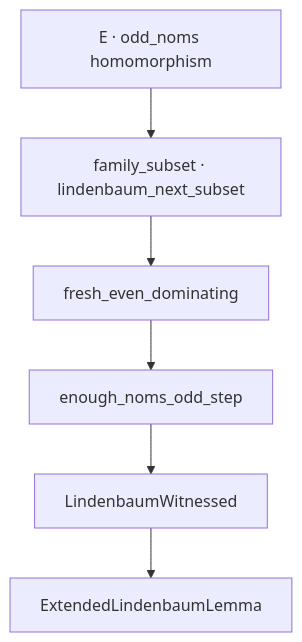
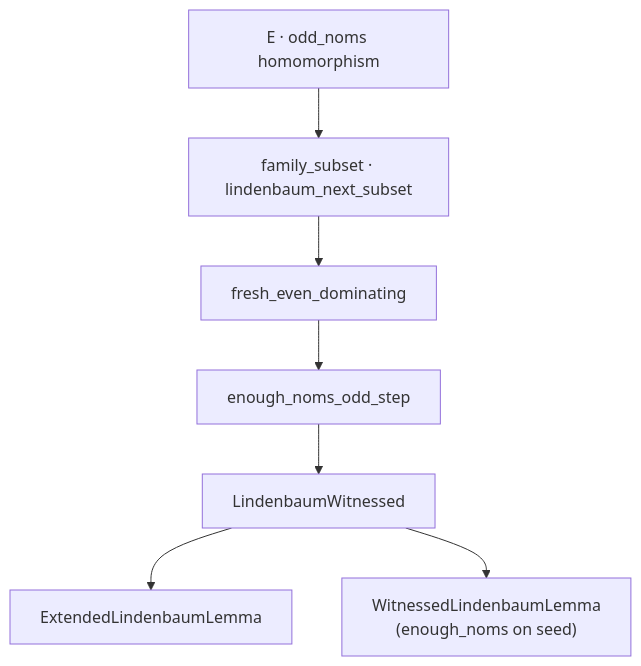
Before and after one commit to catskillsresearch/hybrid_logic_lean_revisited: the third of 5 diagrams in arxiv.md, drawn with Mermaid. The commit also changed other lines of this file and 2 other files, not shown here.

Commit message:
Add `subst_depth_bind` theorem in Substitutions.lean to establish depth relationships for substitutions in hybrid logic. Update truth lemma in CompletedModel.lean for clarity and consistency. Revise arxiv.md to reflect these enhancements and their implications for the completeness proof.

````diff
--- a/arxiv.md
+++ b/arxiv.md
@@ -260,8 +267,9 @@
 ```mermaid
 flowchart TD
   E["E · odd_noms homomorphism"] --> fam["family_subset · lindenbaum_next_subset"]
   fam --> fresh["fresh_even_dominating"]
   fresh --> step["enough_noms_odd_step"]
   step --> wit["LindenbaumWitnessed"]
   wit --> ext["ExtendedLindenbaumLemma"]
+  wit --> wll["WitnessedLindenbaumLemma<br/>(enough_noms on seed)"]
 ```
````
